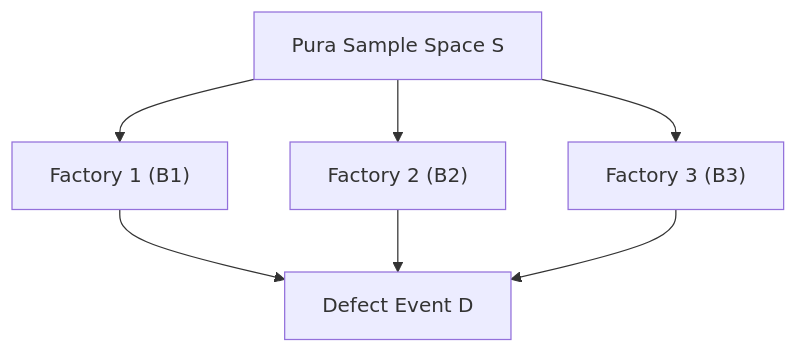
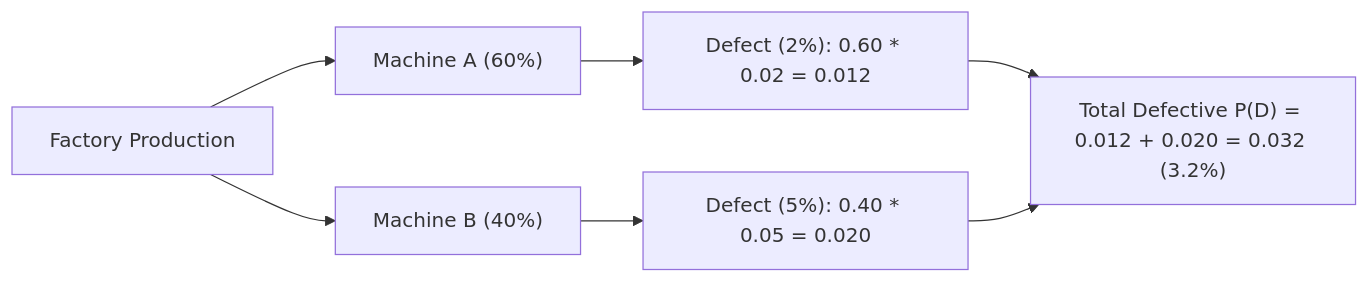
Before and after one commit to S1h2i3v4a/AI_ML: the diagram in lecture_20/Notes_20.11/README_HINGLISH.md, drawn with Mermaid. The commit also changed other lines of this file and 203 other files, not shown here.

Commit message:
docs(lectures 19-21): align notes with video lectures, add blackboard diagrams, clean structured functions, and compile vector PDFs

````diff
--- a/lecture_20/Notes_20.11/README_HINGLISH.md
+++ b/lecture_20/Notes_20.11/README_HINGLISH.md
@@ -14,9 +42,8 @@
 ```mermaid
-flowchart TD
-    S["Pura Sample Space S"] --> B1["Factory 1 (B1)"]
-    S --> B2["Factory 2 (B2)"]
-    S --> B3["Factory 3 (B3)"]
-    B1 --> A["Defect Event D"]
-    B2 --> A
-    B3 --> A
+flowchart LR
+    Start["Factory Production"] --> A["Machine A (60%)"]
+    Start --> B["Machine B (40%)"]
+    A --> DA["Defect (2%): 0.60 * 0.02 = 0.012"]
+    B --> DB["Defect (5%): 0.40 * 0.05 = 0.020"]
+    DA & DB --> Sum["Total Defective P(D) = 0.012 + 0.020 = 0.032 (3.2%)"]
 ```
````
